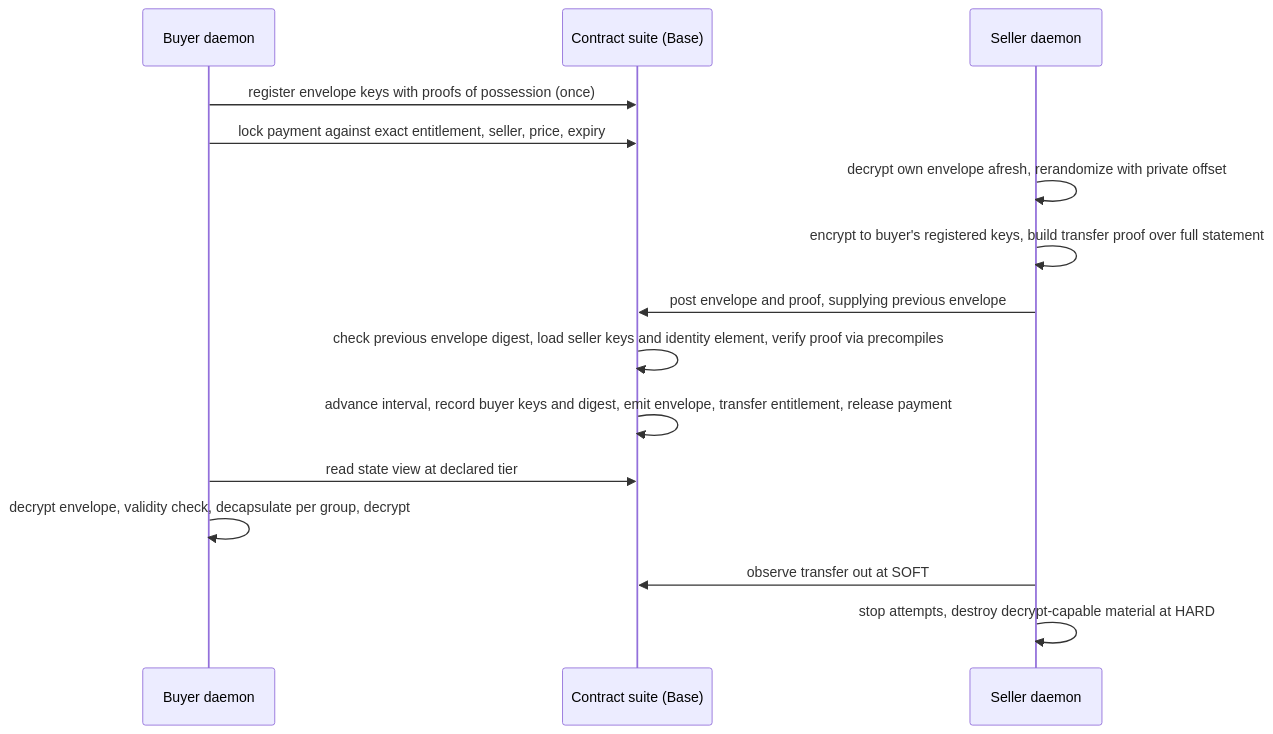
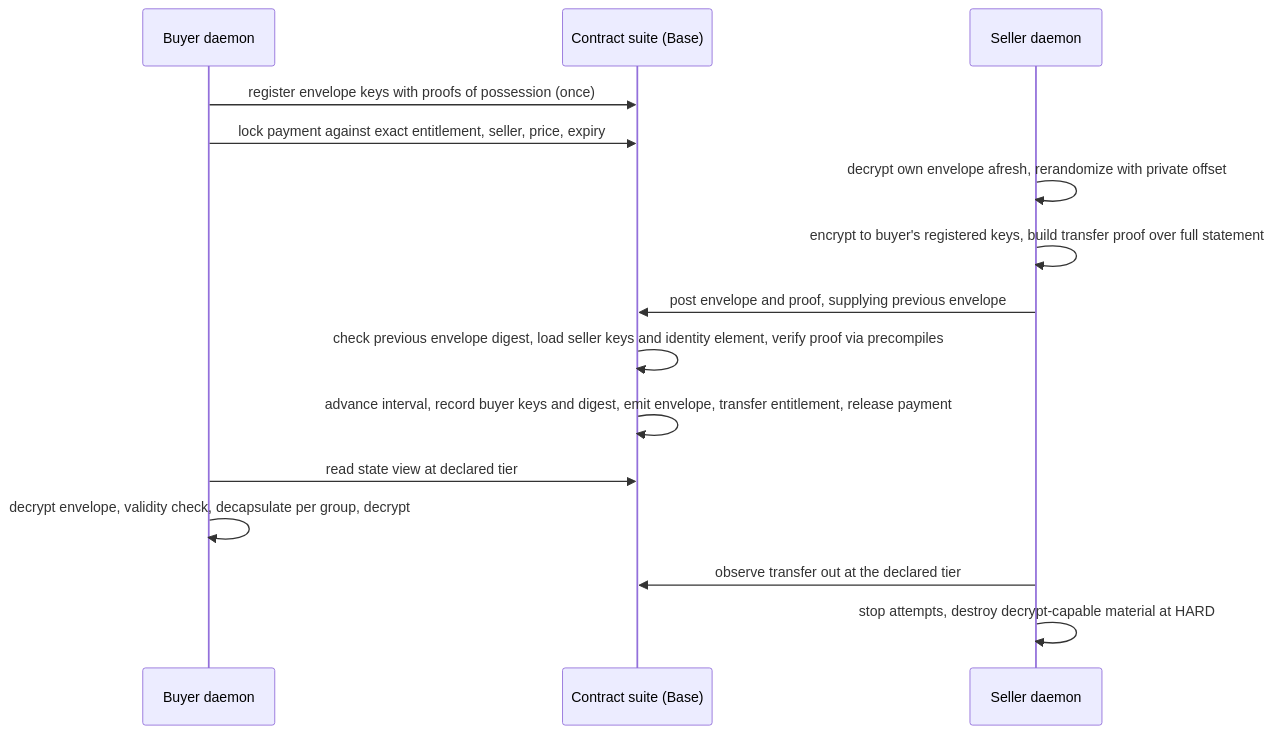
One commit to tsylvester/chaintorrent changed the third of 4 diagrams in docs/project-planning/system-architecture.md. Above: the diagram before and after it, drawn with Mermaid. The commit also changed other lines of this file and 32 other files, not shown here.

````diff
--- a/docs/project-planning/system-architecture.md
+++ b/docs/project-planning/system-architecture.md
@@ -283,17 +283,17 @@
 ```mermaid
 sequenceDiagram
     participant B as Buyer daemon
     participant C as Contract suite (Base)
     participant S as Seller daemon
     B->>C: register envelope keys with proofs of possession (once)
     B->>C: lock payment against exact entitlement, seller, price, expiry
     S->>S: decrypt own envelope afresh, rerandomize with private offset
     S->>S: encrypt to buyer's registered keys, build transfer proof over full statement
     S->>C: post envelope and proof, supplying previous envelope
     C->>C: check previous envelope digest, load seller keys and identity element, verify proof via precompiles
     C->>C: advance interval, record buyer keys and digest, emit envelope, transfer entitlement, release payment
     B->>C: read state view at declared tier
     B->>B: decrypt envelope, validity check, decapsulate per group, decrypt
-    S->>C: observe transfer out at SOFT
+    S->>C: observe transfer out at the declared tier
     S->>S: stop attempts, destroy decrypt-capable material at HARD
 ```
````
